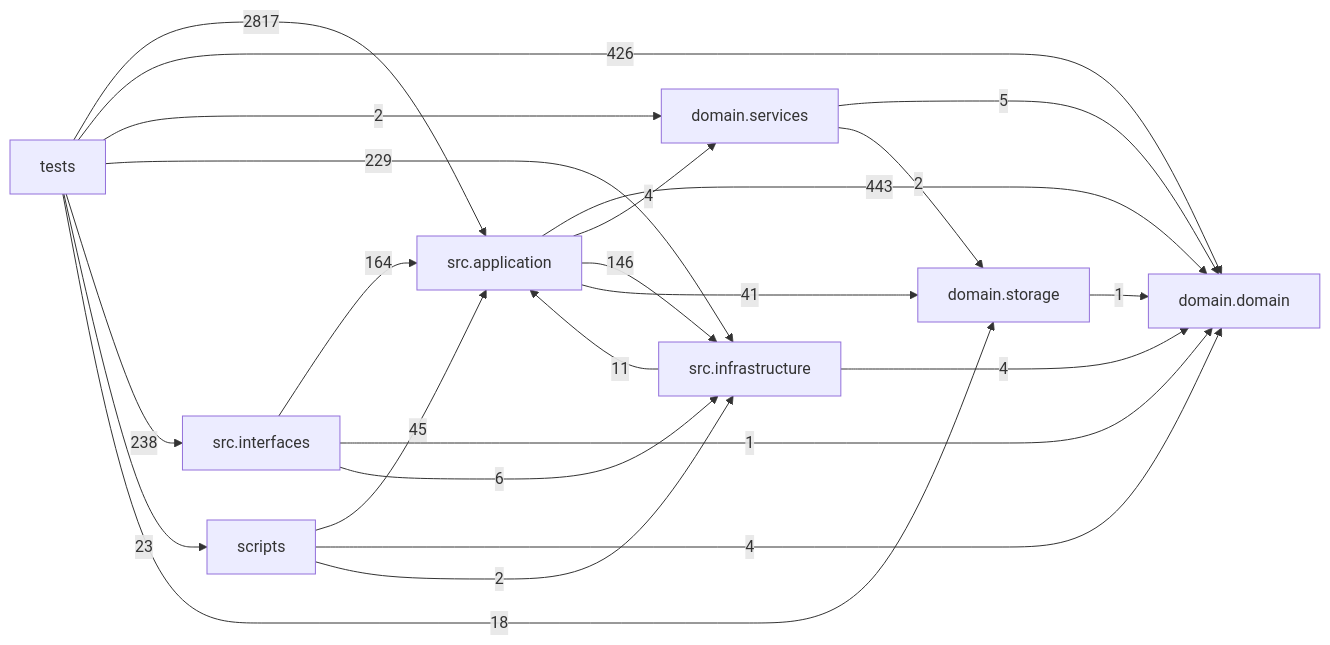
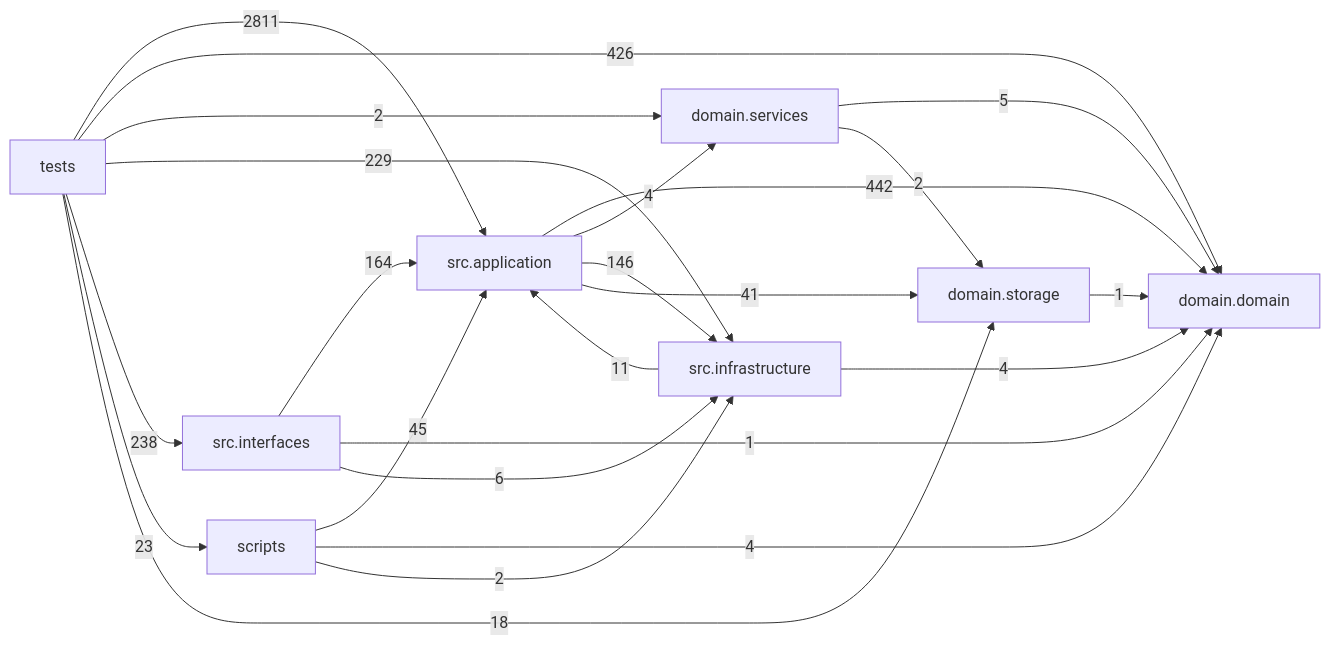
Before and after one commit to liuxie066/options-monitor: the diagram in docs/DEPENDENCY_GRAPH.md, drawn with Mermaid. The commit also changed other lines of this file and 27 other files, not shown here.

````diff
--- a/docs/DEPENDENCY_GRAPH.md
+++ b/docs/DEPENDENCY_GRAPH.md
@@ -24,33 +24,33 @@
 ```mermaid
 flowchart LR
   tests["tests"]
   scripts["scripts"]
   interfaces["src.interfaces"]
   application["src.application"]
   infrastructure["src.infrastructure"]
   domain_services["domain.services"]
   domain["domain.domain"]
   storage["domain.storage"]
-  application -->|443| domain
+  application -->|442| domain
   application -->|4| domain_services
   application -->|146| infrastructure
   application -->|41| storage
   domain_services -->|5| domain
   domain_services -->|2| storage
   infrastructure -->|11| application
   infrastructure -->|4| domain
   interfaces -->|164| application
   interfaces -->|1| domain
   interfaces -->|6| infrastructure
   scripts -->|45| application
   scripts -->|4| domain
   scripts -->|2| infrastructure
   storage -->|1| domain
-  tests -->|2817| application
+  tests -->|2811| application
   tests -->|426| domain
   tests -->|2| domain_services
   tests -->|229| infrastructure
   tests -->|238| interfaces
   tests -->|23| scripts
   tests -->|18| storage
 ```
````
